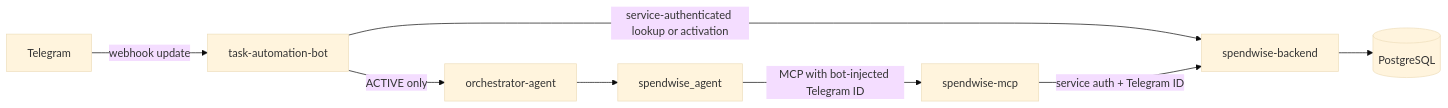
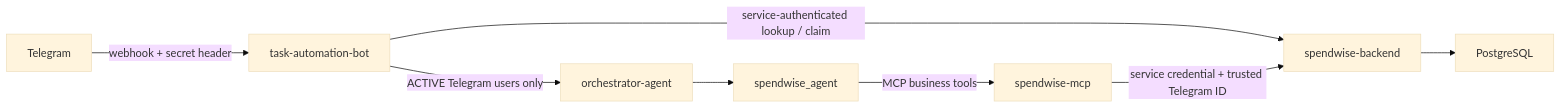
One commit to krDipesh02/task-automation-bot changed the diagram in README.md. Above: the diagram before and after it, drawn with Mermaid (base theme). The commit also changed other lines of this file and 3 other files, not shown here.

````diff
--- a/README.md
+++ b/README.md
@@ -6,10 +7,10 @@
 ```mermaid
 flowchart LR
-  T[Telegram] -->|webhook update| B[task-automation-bot]
-  B -->|service-authenticated lookup or activation| S[spendwise-backend]
-  S --> P[(PostgreSQL)]
-  B -->|ACTIVE only| O[orchestrator-agent]
-  O --> A[spendwise_agent]
-  A -->|MCP with bot-injected Telegram ID| M[spendwise-mcp]
-  M -->|service auth + Telegram ID| S
+  Telegram -->|webhook + secret header| Bot[task-automation-bot]
+  Bot -->|service-authenticated lookup / claim| Backend[spendwise-backend]
+  Backend --> PostgreSQL
+  Bot -->|ACTIVE Telegram users only| Orchestrator[orchestrator-agent]
+  Orchestrator --> Agent[spendwise_agent]
+  Agent -->|MCP business tools| MCP[spendwise-mcp]
+  MCP -->|service credential + trusted Telegram ID| Backend
 ```
````
